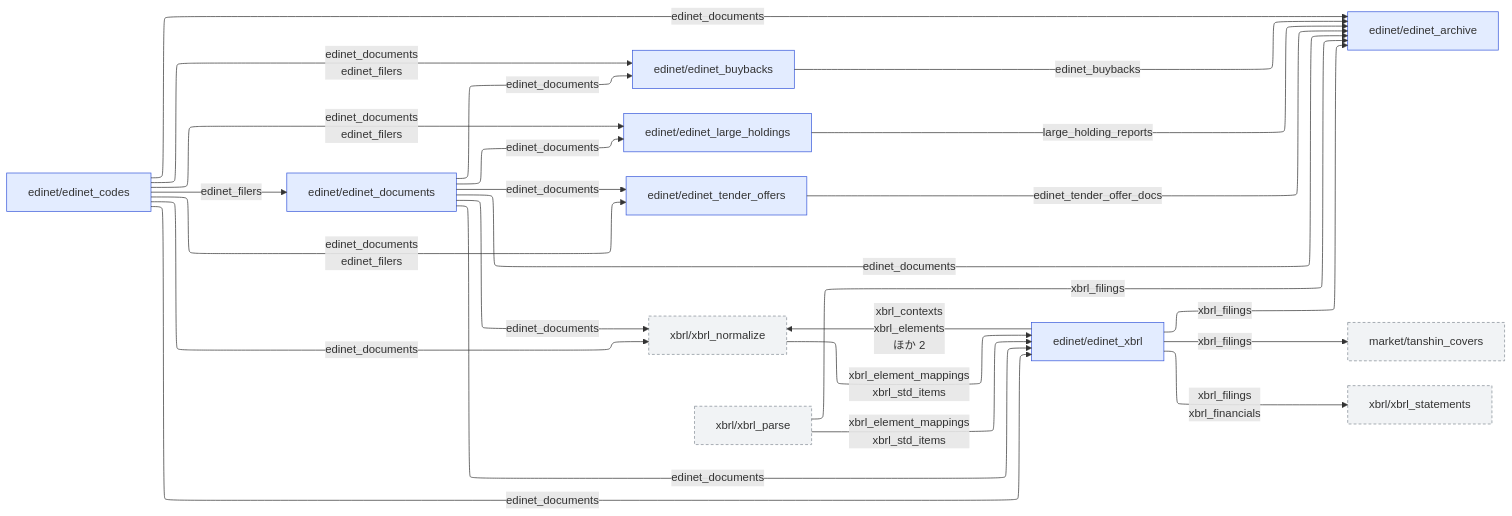
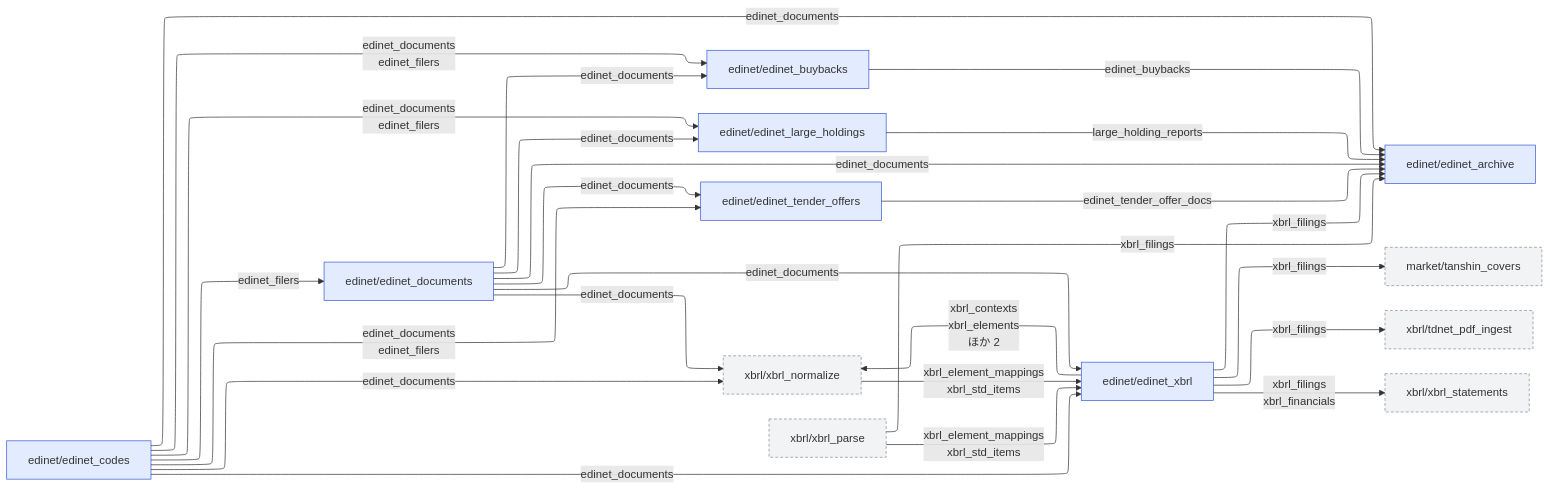
The diagram in docs/jobs/gen/edinet.md (pekumirui/stock-analyzer), drawn with Mermaid before and after one commit. The commit also changed 31 other files, not shown here.

````diff
--- a/docs/jobs/gen/edinet.md
+++ b/docs/jobs/gen/edinet.md
@@ -9,43 +9,45 @@
 ```mermaid
 ---
 config:
   layout: elk
 ---
 flowchart LR
   n0["edinet/edinet_archive"]:::own
   n1["edinet/edinet_buybacks"]:::own
   n2["edinet/edinet_codes"]:::own
   n3["edinet/edinet_documents"]:::own
   n4["edinet/edinet_large_holdings"]:::own
   n5["edinet/edinet_tender_offers"]:::own
   n6["edinet/edinet_xbrl"]:::own
   n7["market/tanshin_covers"]:::ext
-  n8["xbrl/xbrl_normalize"]:::ext
-  n9["xbrl/xbrl_parse"]:::ext
-  n10["xbrl/xbrl_statements"]:::ext
+  n8["xbrl/tdnet_pdf_ingest"]:::ext
+  n9["xbrl/xbrl_normalize"]:::ext
+  n10["xbrl/xbrl_parse"]:::ext
+  n11["xbrl/xbrl_statements"]:::ext
   n1 -->|"edinet_buybacks"| n0
   n2 -->|"edinet_documents"| n0
   n2 -->|"edinet_documents<br>edinet_filers"| n1
   n2 -->|"edinet_filers"| n3
   n2 -->|"edinet_documents<br>edinet_filers"| n4
   n2 -->|"edinet_documents<br>edinet_filers"| n5
   n2 -->|"edinet_documents"| n6
-  n2 -->|"edinet_documents"| n8
+  n2 -->|"edinet_documents"| n9
   n3 -->|"edinet_documents"| n0
   n3 -->|"edinet_documents"| n1
   n3 -->|"edinet_documents"| n4
   n3 -->|"edinet_documents"| n5
   n3 -->|"edinet_documents"| n6
-  n3 -->|"edinet_documents"| n8
+  n3 -->|"edinet_documents"| n9
   n4 -->|"large_holding_reports"| n0
   n5 -->|"edinet_tender_offer_docs"| n0
   n6 -->|"xbrl_filings"| n0
   n6 -->|"xbrl_filings"| n7
-  n6 -->|"xbrl_contexts<br>xbrl_elements<br>ほか 2"| n8
-  n6 -->|"xbrl_filings<br>xbrl_financials"| n10
-  n8 -->|"xbrl_element_mappings<br>xbrl_std_items"| n6
-  n9 -->|"xbrl_filings"| n0
+  n6 -->|"xbrl_filings"| n8
+  n6 -->|"xbrl_contexts<br>xbrl_elements<br>ほか 2"| n9
+  n6 -->|"xbrl_filings<br>xbrl_financials"| n11
   n9 -->|"xbrl_element_mappings<br>xbrl_std_items"| n6
+  n10 -->|"xbrl_filings"| n0
+  n10 -->|"xbrl_element_mappings<br>xbrl_std_items"| n6
   classDef own fill:#e3ecff,stroke:#3b5bdb
   classDef ext fill:#f1f3f5,stroke:#868e96,stroke-dasharray:4 3
 ```
````
